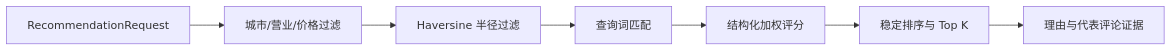
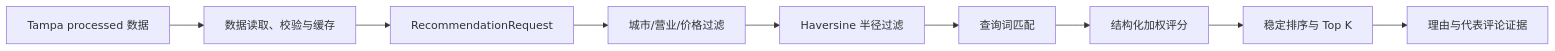
One commit to Promisein/CampusFoodAgent changed the first of 3 diagrams in v2/README.md. Above: the diagram before and after it, drawn with Mermaid. The commit also changed other lines of this file and 5 other files, not shown here.

````diff
--- a/v2/README.md
+++ b/v2/README.md
@@ -206,9 +211,11 @@
 ```mermaid
 flowchart LR
-    A["RecommendationRequest"] --> B["城市/营业/价格过滤"]
-    B --> C["Haversine 半径过滤"]
-    C --> D["查询词匹配"]
-    D --> E["结构化加权评分"]
-    E --> F["稳定排序与 Top K"]
-    F --> G["理由与代表评论证据"]
+    A["Tampa processed 数据"] --> B["数据读取、校验与缓存"]
+    B --> C["RecommendationRequest"]
+    C --> D["城市/营业/价格过滤"]
+    D --> E["Haversine 半径过滤"]
+    E --> F["查询词匹配"]
+    F --> G["结构化加权评分"]
+    G --> H["稳定排序与 Top K"]
+    H --> I["理由与代表评论证据"]
 ```
````
